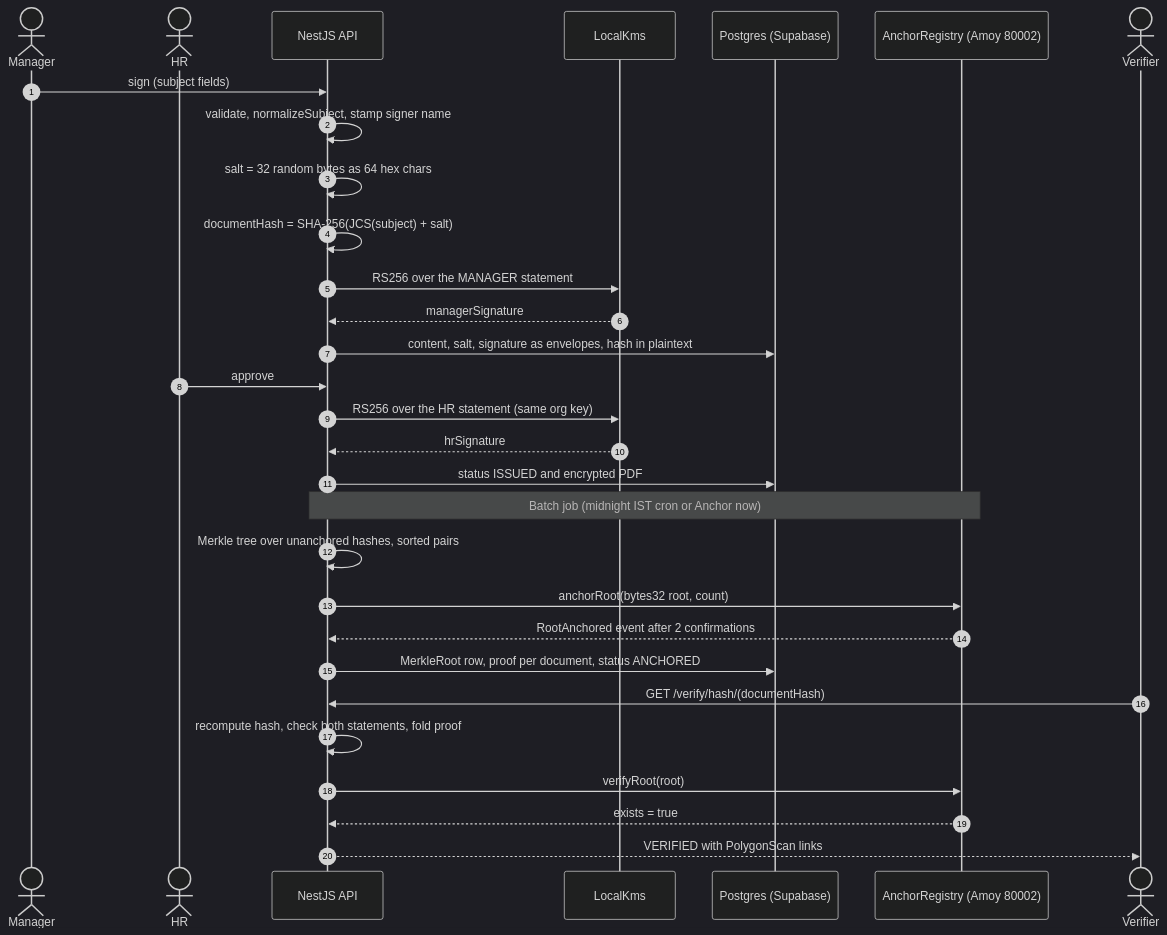
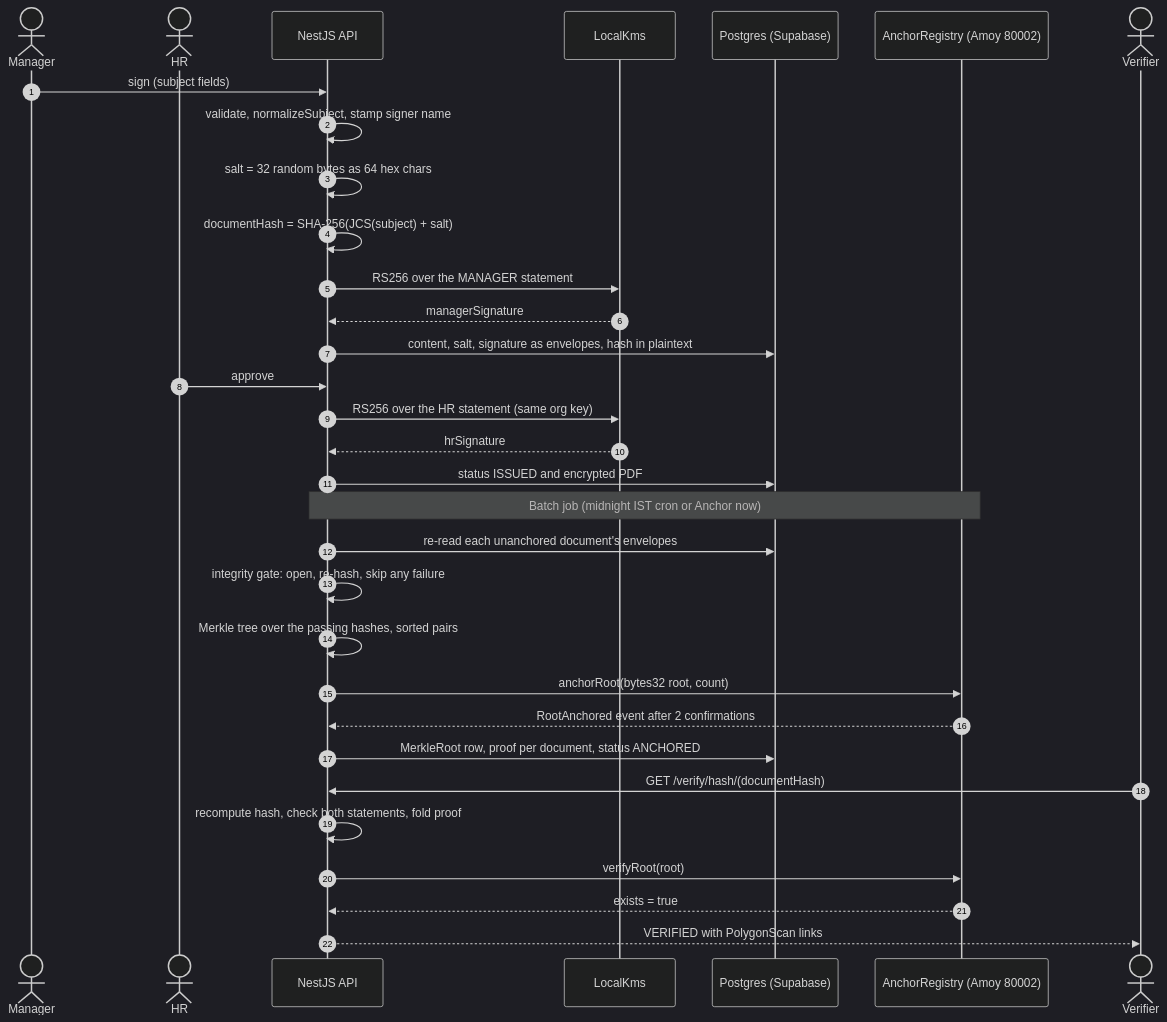
The first of 4 diagrams in documentation/Crypto_Pipeline_Viva_Guide.md (localhostwastaken/CareerVault), drawn with Mermaid (dark theme) before and after one commit. The commit also changed other lines of this file, not shown here.

````diff
--- a/documentation/Crypto_Pipeline_Viva_Guide.md
+++ b/documentation/Crypto_Pipeline_Viva_Guide.md
@@ -21,32 +21,34 @@
 ```mermaid
 sequenceDiagram
     autonumber
     actor M as Manager
     actor H as HR
     participant API as NestJS API
     participant KMS as LocalKms
     participant DB as Postgres (Supabase)
     participant AR as AnchorRegistry (Amoy 80002)
     actor V as Verifier
     M->>API: sign (subject fields)
     API->>API: validate, normalizeSubject, stamp signer name
     API->>API: salt = 32 random bytes as 64 hex chars
     API->>API: documentHash = SHA-256(JCS(subject) + salt)
     API->>KMS: RS256 over the MANAGER statement
     KMS-->>API: managerSignature
     API->>DB: content, salt, signature as envelopes, hash in plaintext
     H->>API: approve
     API->>KMS: RS256 over the HR statement (same org key)
     KMS-->>API: hrSignature
     API->>DB: status ISSUED and encrypted PDF
     Note over API,AR: Batch job (midnight IST cron or Anchor now)
-    API->>API: Merkle tree over unanchored hashes, sorted pairs
+    API->>DB: re-read each unanchored document's envelopes
+    API->>API: integrity gate: open, re-hash, skip any failure
+    API->>API: Merkle tree over the passing hashes, sorted pairs
     API->>AR: anchorRoot(bytes32 root, count)
     AR-->>API: RootAnchored event after 2 confirmations
     API->>DB: MerkleRoot row, proof per document, status ANCHORED
     V->>API: GET /verify/hash/(documentHash)
     API->>API: recompute hash, check both statements, fold proof
     API->>AR: verifyRoot(root)
     AR-->>API: exists = true
     API-->>V: VERIFIED with PolygonScan links
 ```
````
